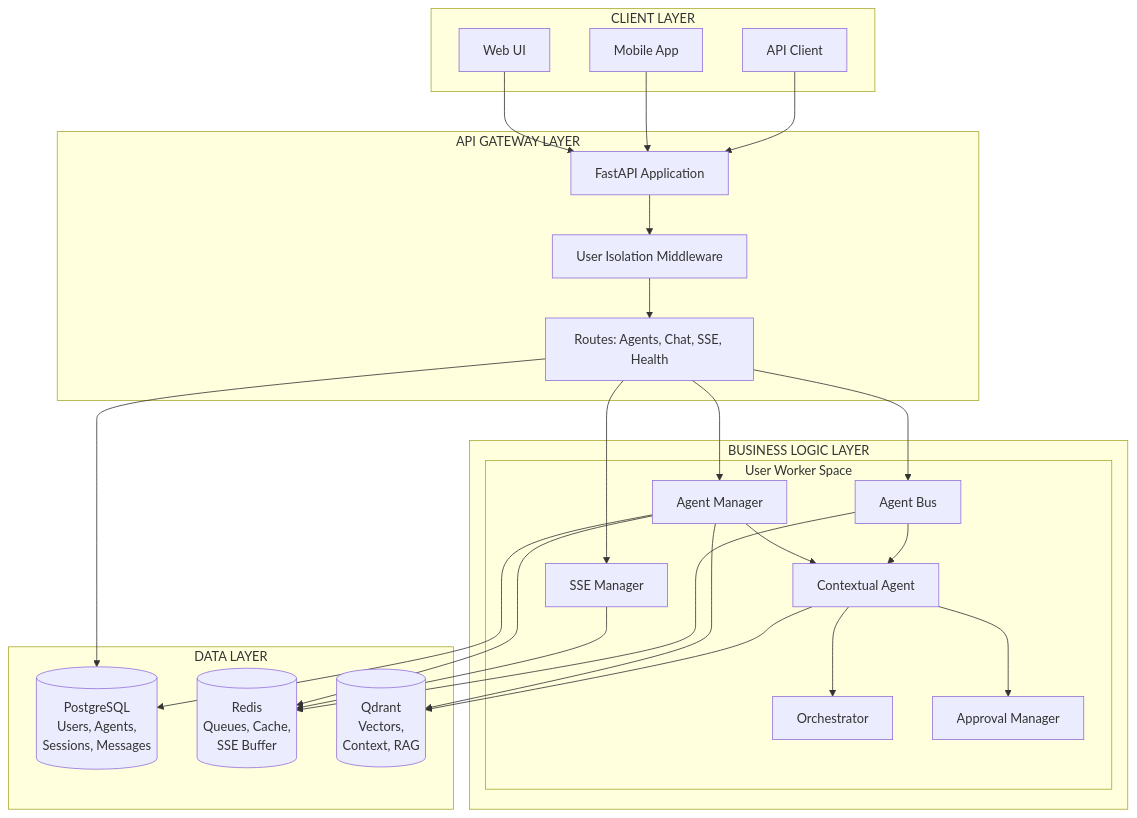
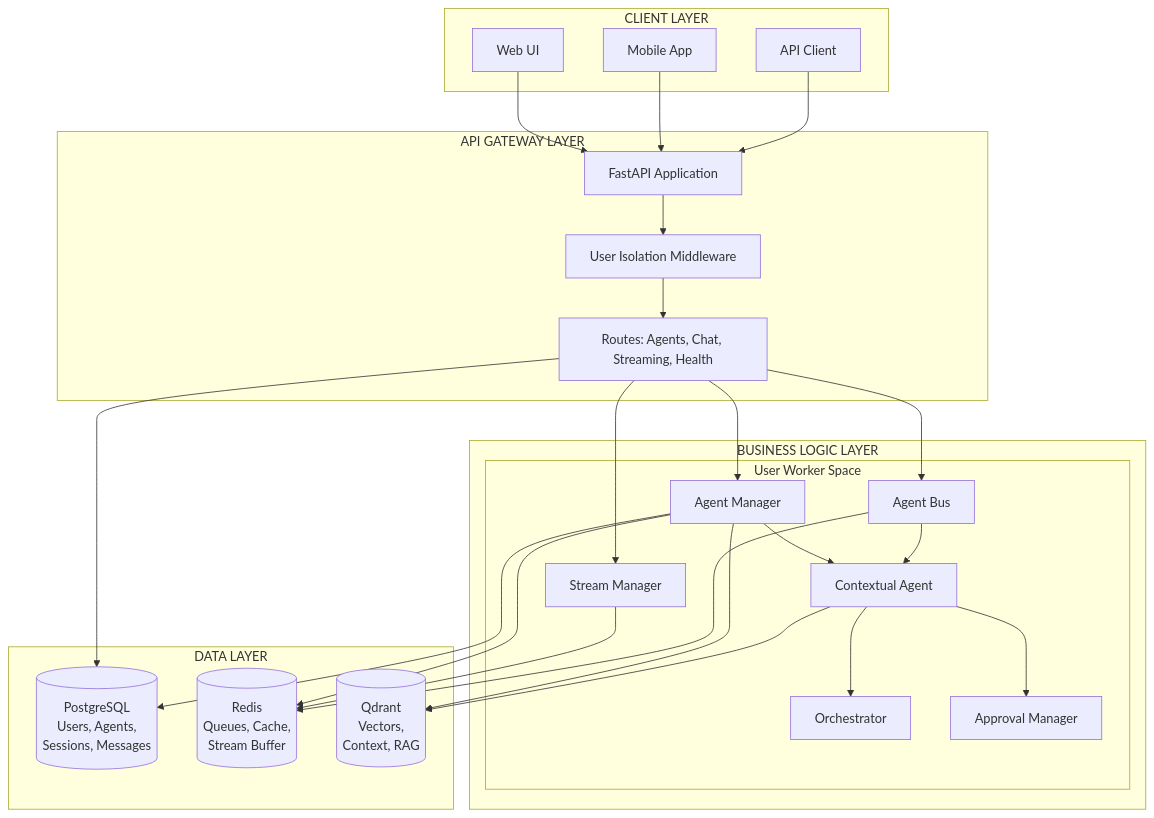
One commit to pese-git/codelab-core-service changed the first of 8 diagrams in doc/architecture/system-overview.md. Above: the diagram before and after it, drawn with Mermaid. The commit also changed other lines of this file and 6 other files, not shown here.

````diff
--- a/doc/architecture/system-overview.md
+++ b/doc/architecture/system-overview.md
@@ -43,57 +43,57 @@
 ```mermaid
 graph TB
     subgraph "CLIENT LAYER"
         WebUI[Web UI]
         Mobile[Mobile App]
         API[API Client]
     end
     
     subgraph "API GATEWAY LAYER"
         FastAPI[FastAPI Application]
         Middleware[User Isolation Middleware]
-        Routes[Routes: Agents, Chat, SSE, Health]
+        Routes[Routes: Agents, Chat, Streaming, Health]
     end
     
     subgraph "BUSINESS LOGIC LAYER"
         subgraph "User Worker Space"
             AgentMgr[Agent Manager]
             AgentBus[Agent Bus]
-            SSEMgr[SSE Manager]
+            StreamMgr[Stream Manager]
             CtxAgent[Contextual Agent]
             Orch[Orchestrator]
             Approval[Approval Manager]
         end
     end
     
     subgraph "DATA LAYER"
         Postgres[(PostgreSQL<br/>Users, Agents,<br/>Sessions, Messages)]
-        Redis[(Redis<br/>Queues, Cache,<br/>SSE Buffer)]
+        Redis[(Redis<br/>Queues, Cache,<br/>Stream Buffer)]
         Qdrant[(Qdrant<br/>Vectors,<br/>Context, RAG)]
     end
     
     WebUI --> FastAPI
     Mobile --> FastAPI
     API --> FastAPI
     
     FastAPI --> Middleware
     Middleware --> Routes
     
     Routes --> AgentMgr
     Routes --> AgentBus
-    Routes --> SSEMgr
+    Routes --> StreamMgr
     
     AgentMgr --> CtxAgent
     AgentBus --> CtxAgent
     CtxAgent --> Orch
     CtxAgent --> Approval
     
     AgentMgr --> Postgres
     AgentMgr --> Redis
     AgentMgr --> Qdrant
     
     CtxAgent --> Qdrant
-    SSEMgr --> Redis
+    StreamMgr --> Redis
     AgentBus --> Redis
     
     Routes --> Postgres
 ```
````
